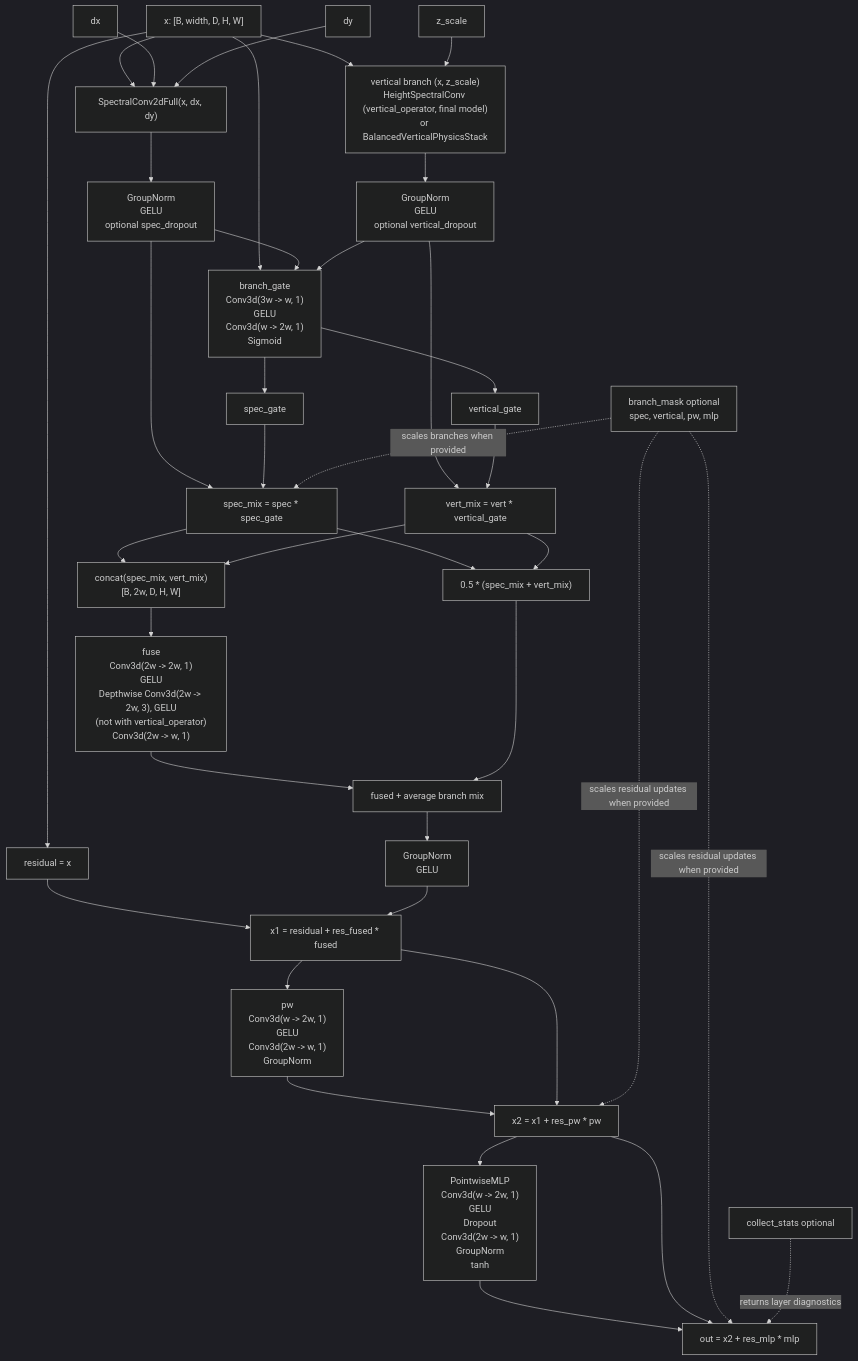
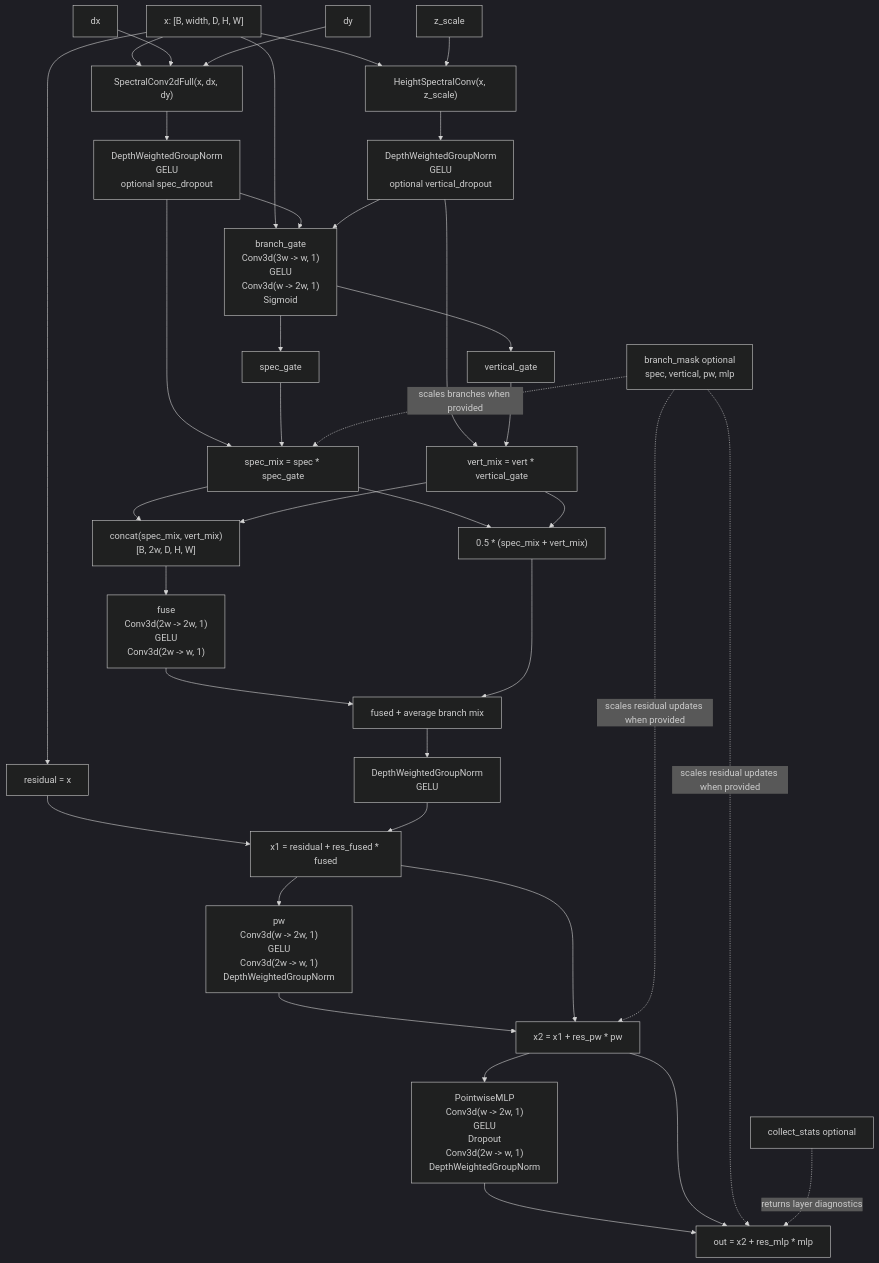
The third of 5 diagrams in docs/ffno_model_flowchart.md (harshmathur1990/FFNOML), drawn with Mermaid (dark theme) before and after one commit. The commit also changed other lines of this file and 30 other files, not shown here.

````diff
--- a/docs/ffno_model_flowchart.md
+++ b/docs/ffno_model_flowchart.md
@@ -58,47 +56,47 @@
 ```mermaid
 flowchart TD
     X["x: [B, width, D, H, W]"] --> RES["residual = x"]
 
     X --> SPEC["SpectralConv2dFull(x, dx, dy)"]
     DX["dx"] --> SPEC
     DY["dy"] --> SPEC
-    SPEC --> NS["GroupNorm<br/>GELU<br/>optional spec_dropout"]
+    SPEC --> NS["DepthWeightedGroupNorm<br/>GELU<br/>optional spec_dropout"]
 
-    X --> VERT["vertical branch (x, z_scale)<br/>HeightSpectralConv (vertical_operator, final model)<br/>or BalancedVerticalPhysicsStack"]
+    X --> VERT["HeightSpectralConv(x, z_scale)"]
     Z["z_scale"] --> VERT
-    VERT --> NV["GroupNorm<br/>GELU<br/>optional vertical_dropout"]
+    VERT --> NV["DepthWeightedGroupNorm<br/>GELU<br/>optional vertical_dropout"]
 
     X --> GATE["branch_gate<br/>Conv3d(3w -> w, 1)<br/>GELU<br/>Conv3d(w -> 2w, 1)<br/>Sigmoid"]
     NS --> GATE
     NV --> GATE
     GATE --> SG["spec_gate"]
     GATE --> VG["vertical_gate"]
 
     NS --> SMIX["spec_mix = spec * spec_gate"]
     SG --> SMIX
     NV --> VMIX["vert_mix = vert * vertical_gate"]
     VG --> VMIX
 
     SMIX --> CAT["concat(spec_mix, vert_mix)<br/>[B, 2w, D, H, W]"]
     VMIX --> CAT
-    CAT --> FUSE["fuse<br/>Conv3d(2w -> 2w, 1)<br/>GELU<br/>Depthwise Conv3d(2w -> 2w, 3), GELU<br/>(not with vertical_operator)<br/>Conv3d(2w -> w, 1)"]
+    CAT --> FUSE["fuse<br/>Conv3d(2w -> 2w, 1)<br/>GELU<br/>Conv3d(2w -> w, 1)"]
     SMIX --> AVG["0.5 * (spec_mix + vert_mix)"]
     VMIX --> AVG
     FUSE --> FADD["fused + average branch mix"]
     AVG --> FADD
-    FADD --> NF["GroupNorm<br/>GELU"]
+    FADD --> NF["DepthWeightedGroupNorm<br/>GELU"]
 
     RES --> X1["x1 = residual + res_fused * fused"]
     NF --> X1
-    X1 --> PW["pw<br/>Conv3d(w -> 2w, 1)<br/>GELU<br/>Conv3d(2w -> w, 1)<br/>GroupNorm"]
+    X1 --> PW["pw<br/>Conv3d(w -> 2w, 1)<br/>GELU<br/>Conv3d(2w -> w, 1)<br/>DepthWeightedGroupNorm"]
     PW --> X2["x2 = x1 + res_pw * pw"]
     X1 --> X2
-    X2 --> MLP["PointwiseMLP<br/>Conv3d(w -> 2w, 1)<br/>GELU<br/>Dropout<br/>Conv3d(2w -> w, 1)<br/>GroupNorm<br/>tanh"]
+    X2 --> MLP["PointwiseMLP<br/>Conv3d(w -> 2w, 1)<br/>GELU<br/>Dropout<br/>Conv3d(2w -> w, 1)<br/>DepthWeightedGroupNorm"]
     MLP --> OUT["out = x2 + res_mlp * mlp"]
     X2 --> OUT
 
     MASK["branch_mask optional<br/>spec, vertical, pw, mlp"] -. scales branches when provided .-> SMIX
     MASK -. scales residual updates when provided .-> X2
     MASK -. scales residual updates when provided .-> OUT
     STATS["collect_stats optional"] -. returns layer diagnostics .-> OUT
 ```
````
